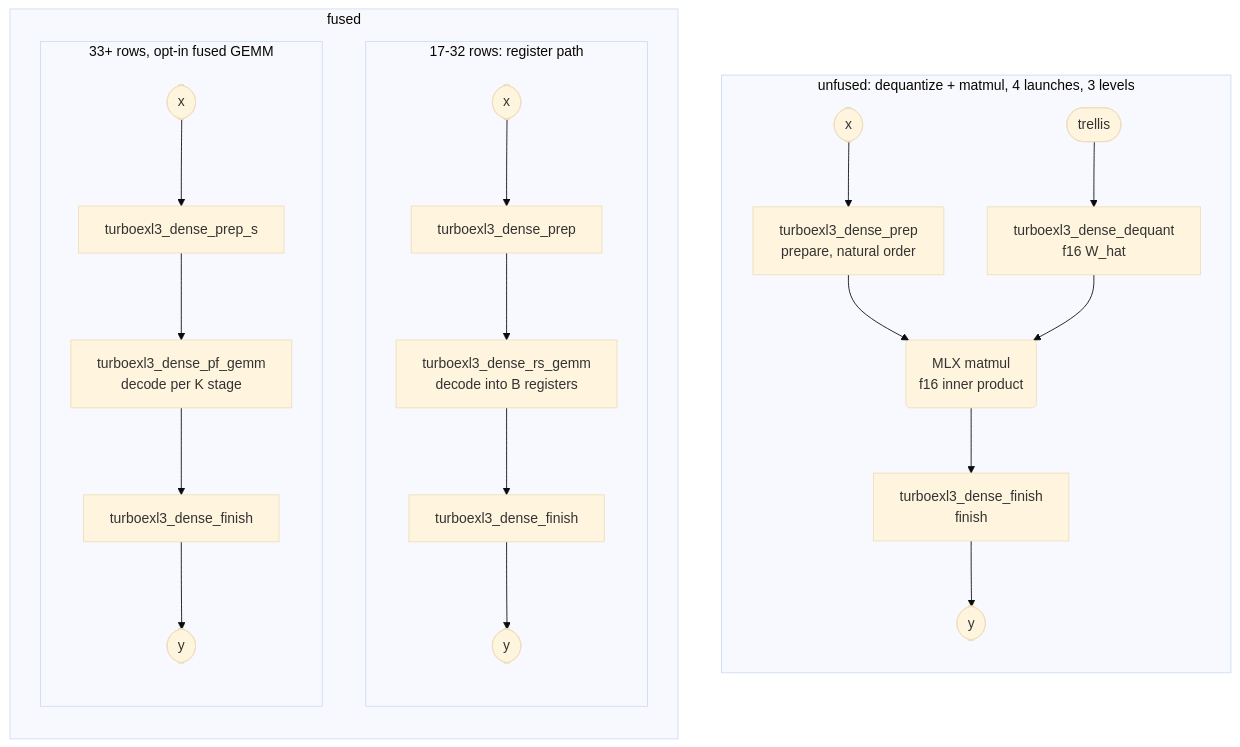
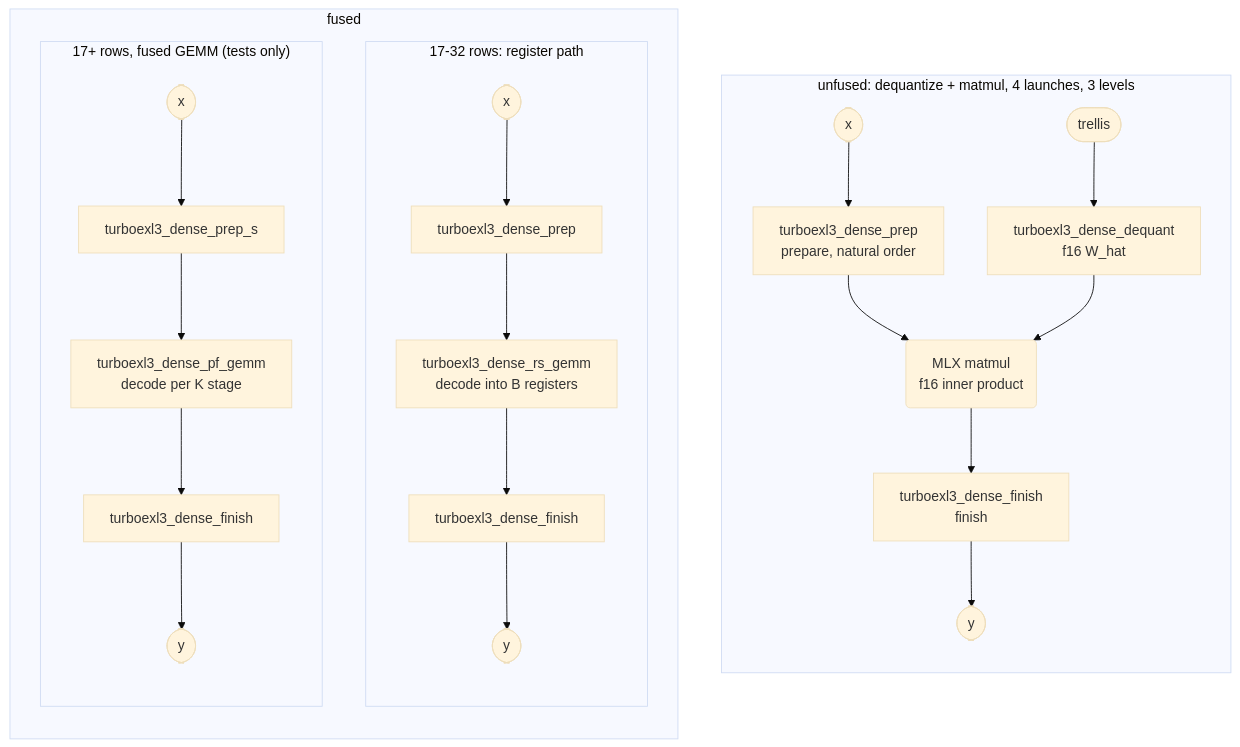
The sixth of 11 diagrams in docs/KERNELS.md (davidtai/turboexl3), drawn with Mermaid (base theme) before and after one commit. The commit also changed other lines of this file and 268 other files, not shown here.

````diff
--- a/docs/KERNELS.md
+++ b/docs/KERNELS.md
@@ -364,29 +526,29 @@
 ```mermaid
 flowchart TB
   subgraph U["unfused: dequantize + matmul, 4 launches, 3 levels"]
     direction TB
     ux(["x"]) --> up["turboexl3_dense_prep<br/>prepare, natural order"]
     ut(["trellis"]) --> ud["turboexl3_dense_dequant<br/>f16 W_hat"]
     up --> um("MLX matmul<br/>f16 inner product")
     ud --> um
     um --> uf["turboexl3_dense_finish<br/>finish"]
     uf --> uy(["y"])
   end
   subgraph F["fused"]
     direction TB
     subgraph F1["17-32 rows: register path"]
       direction TB
       ax(["x"]) --> ap["turboexl3_dense_prep"]
       ap --> ar["turboexl3_dense_rs_gemm<br/>decode into B registers"]
       ar --> af["turboexl3_dense_finish"]
       af --> ay(["y"])
     end
-    subgraph F2["33+ rows, opt-in fused GEMM"]
+    subgraph F2["17+ rows, fused GEMM (tests only)"]
       direction TB
       bx(["x"]) --> bp["turboexl3_dense_prep_s"]
       bp --> bg["turboexl3_dense_pf_gemm<br/>decode per K stage"]
       bg --> bf["turboexl3_dense_finish"]
       bf --> by(["y"])
     end
   end
 ```
````
